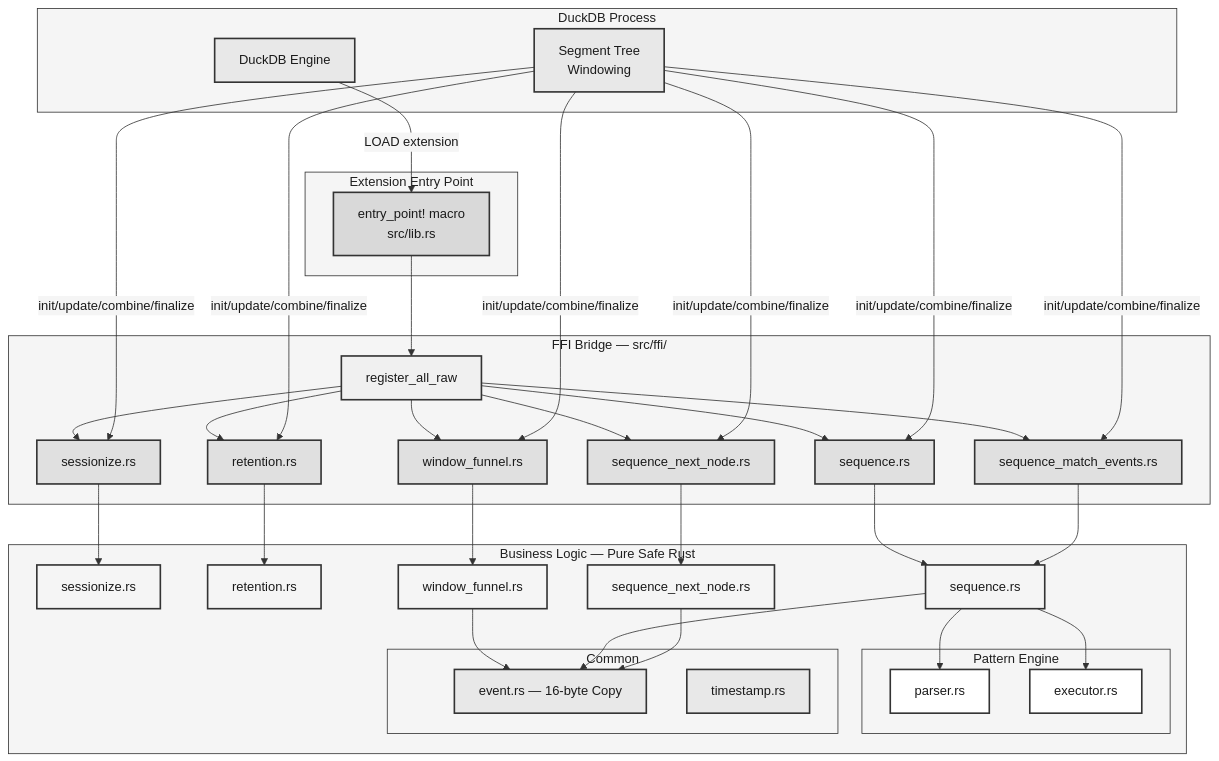
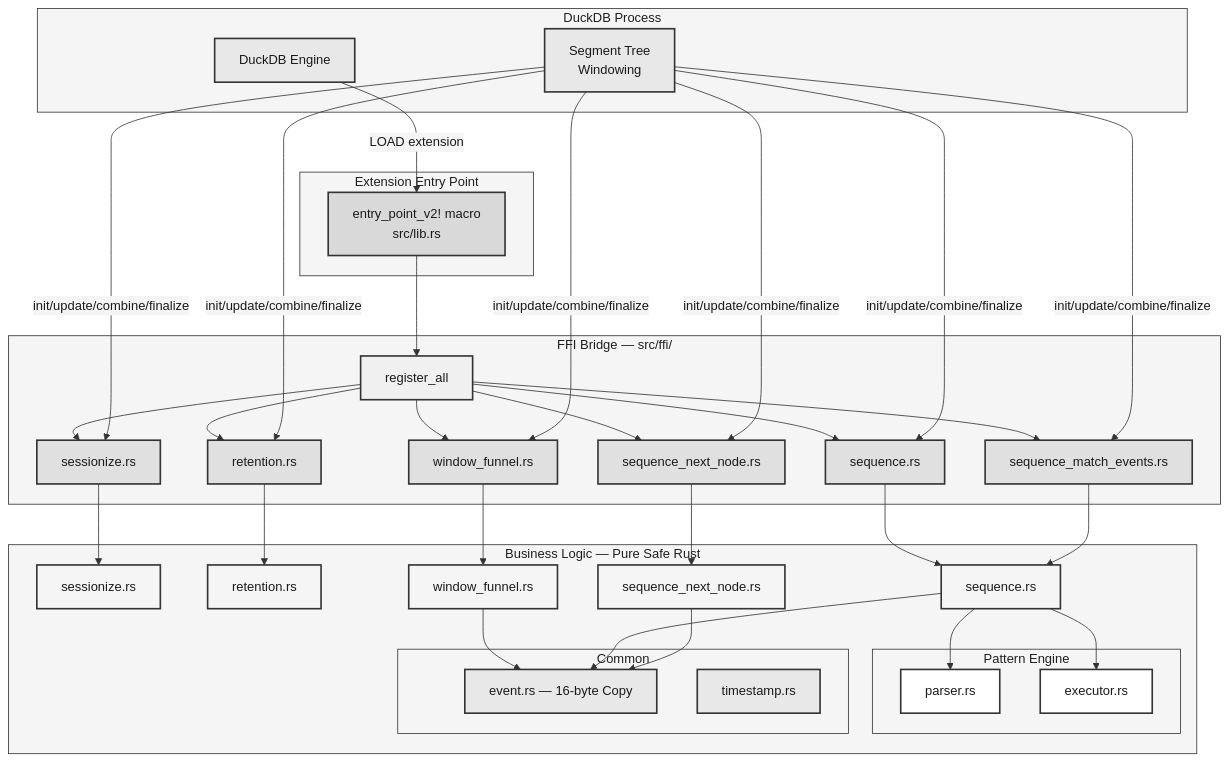
The first of 4 diagrams in docs/src/engineering.md (tomtom215/duckdb-behavioral), drawn with Mermaid before and after one commit. The commit also changed other lines of this file and 10 other files, not shown here.

````diff
--- a/docs/src/engineering.md
+++ b/docs/src/engineering.md
@@ -39,73 +39,73 @@
 ```mermaid
 %%{init: {'theme': 'base', 'themeVariables': {'primaryColor': '#ffffff', 'primaryTextColor': '#1a1a1a', 'primaryBorderColor': '#333333', 'lineColor': '#333333', 'secondaryColor': '#f5f5f5', 'tertiaryColor': '#e0e0e0', 'textColor': '#1a1a1a', 'mainBkg': '#ffffff', 'clusterBkg': '#f5f5f5', 'clusterBorder': '#333333'}}}%%
 graph TB
     subgraph "DuckDB Process"
         DDB[DuckDB Engine]
         SEG[Segment Tree<br/>Windowing]
     end
 
     subgraph "Extension Entry Point"
-        EP[entry_point! macro<br/>src/lib.rs]
+        EP[entry_point_v2! macro<br/>src/lib.rs]
     end
 
     subgraph "FFI Bridge — src/ffi/"
-        REG[register_all_raw]
+        REG[register_all]
         FS[sessionize.rs]
         FR[retention.rs]
         FW[window_funnel.rs]
         FQ[sequence.rs]
         FE[sequence_match_events.rs]
         FN[sequence_next_node.rs]
     end
 
     subgraph "Business Logic — Pure Safe Rust"
         SS[sessionize.rs]
         SR[retention.rs]
         SW[window_funnel.rs]
         SQ[sequence.rs]
         SN[sequence_next_node.rs]
         subgraph "Pattern Engine"
             PP[parser.rs]
             PE[executor.rs]
         end
         subgraph "Common"
             EV[event.rs — 16-byte Copy]
             TS[timestamp.rs]
         end
     end
 
     DDB -->|LOAD extension| EP
     EP --> REG
     REG --> FS & FR & FW & FQ & FE & FN
     SEG -->|init/update/combine/finalize| FS & FR & FW & FQ & FE & FN
     FS --> SS
     FR --> SR
     FW --> SW
     FQ --> SQ
     FE --> SQ
     FN --> SN
     SQ --> PP & PE
     SW --> EV
     SQ --> EV
     SN --> EV
 
     style EP fill:#d9d9d9,stroke:#333333,stroke-width:2px,color:#1a1a1a
     style DDB fill:#e8e8e8,stroke:#333333,stroke-width:2px,color:#1a1a1a
     style SEG fill:#e8e8e8,stroke:#333333,stroke-width:2px,color:#1a1a1a
     style REG fill:#f0f0f0,stroke:#333333,stroke-width:2px,color:#1a1a1a
     style FS fill:#e0e0e0,stroke:#333333,stroke-width:2px,color:#1a1a1a
     style FR fill:#e0e0e0,stroke:#333333,stroke-width:2px,color:#1a1a1a
     style FW fill:#e0e0e0,stroke:#333333,stroke-width:2px,color:#1a1a1a
     style FQ fill:#e0e0e0,stroke:#333333,stroke-width:2px,color:#1a1a1a
     style FE fill:#e0e0e0,stroke:#333333,stroke-width:2px,color:#1a1a1a
     style FN fill:#e0e0e0,stroke:#333333,stroke-width:2px,color:#1a1a1a
     style SS fill:#f5f5f5,stroke:#333333,stroke-width:2px,color:#1a1a1a
     style SR fill:#f5f5f5,stroke:#333333,stroke-width:2px,color:#1a1a1a
     style SW fill:#f5f5f5,stroke:#333333,stroke-width:2px,color:#1a1a1a
     style SQ fill:#f5f5f5,stroke:#333333,stroke-width:2px,color:#1a1a1a
     style SN fill:#f5f5f5,stroke:#333333,stroke-width:2px,color:#1a1a1a
     style PP fill:#ffffff,stroke:#333333,stroke-width:2px,color:#1a1a1a
     style PE fill:#ffffff,stroke:#333333,stroke-width:2px,color:#1a1a1a
     style EV fill:#e8e8e8,stroke:#333333,stroke-width:2px,color:#1a1a1a
     style TS fill:#e8e8e8,stroke:#333333,stroke-width:2px,color:#1a1a1a
 ```
````
